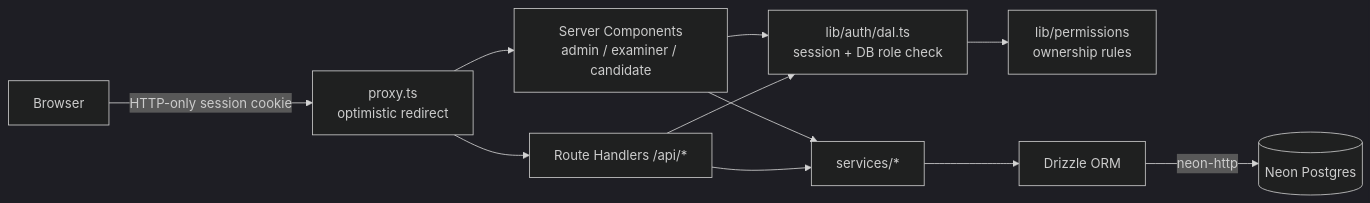
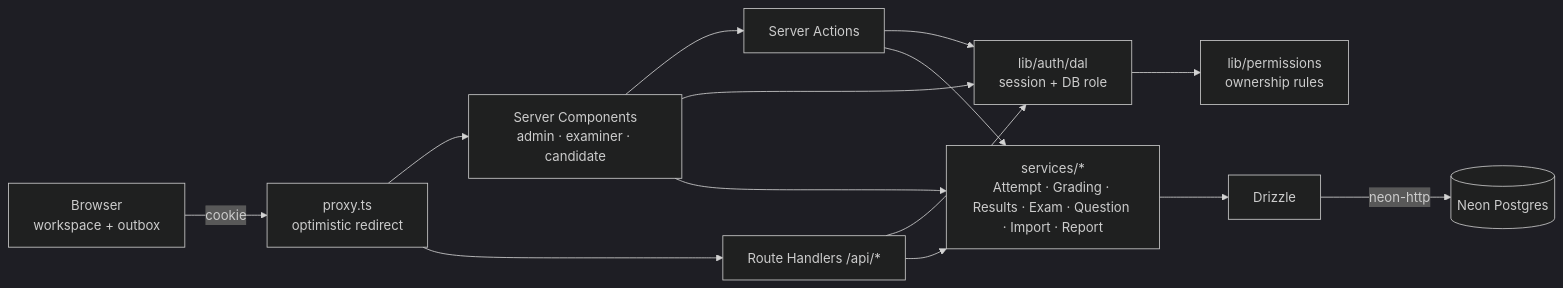
The diagram in README.md (riazaslam029/codeKaizen), drawn with Mermaid (dark theme) before and after one commit. The commit also changed other lines of this file and 37 other files, not shown here.

````diff
--- a/README.md
+++ b/README.md
@@ -17,12 +20,11 @@
 ```mermaid
 flowchart LR
-  B[Browser] -->|HTTP-only session cookie| P[proxy.ts<br/>optimistic redirect]
-  P --> RSC[Server Components<br/>admin / examiner / candidate]
+  B[Browser<br/>workspace + outbox] -->|cookie| P[proxy.ts<br/>optimistic redirect]
+  P --> RSC[Server Components<br/>admin · examiner · candidate]
   P --> API[Route Handlers /api/*]
-  RSC --> DAL[lib/auth/dal.ts<br/>session + DB role check]
-  API --> DAL
+  RSC --> SA[Server Actions]
+  RSC & API & SA --> DAL[lib/auth/dal<br/>session + DB role]
   DAL --> PERM[lib/permissions<br/>ownership rules]
-  RSC --> SVC[services/*]
-  API --> SVC
-  SVC --> ORM[Drizzle ORM] -->|neon-http| DB[(Neon Postgres)]
+  RSC & API & SA --> SVC[services/*<br/>Attempt · Grading · Results · Exam · Question · Import · Report]
+  SVC --> ORM[Drizzle] -->|neon-http| DB[(Neon Postgres)]
 ```
````
